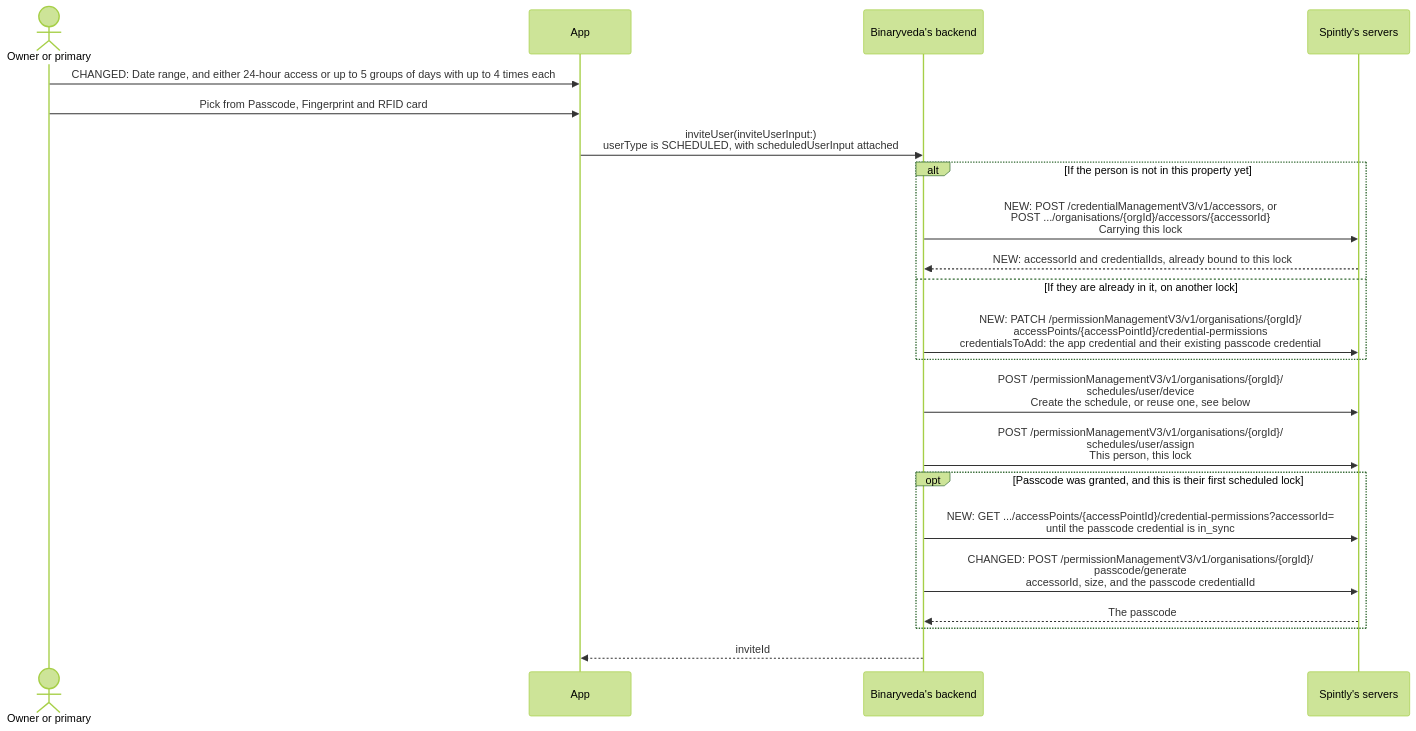
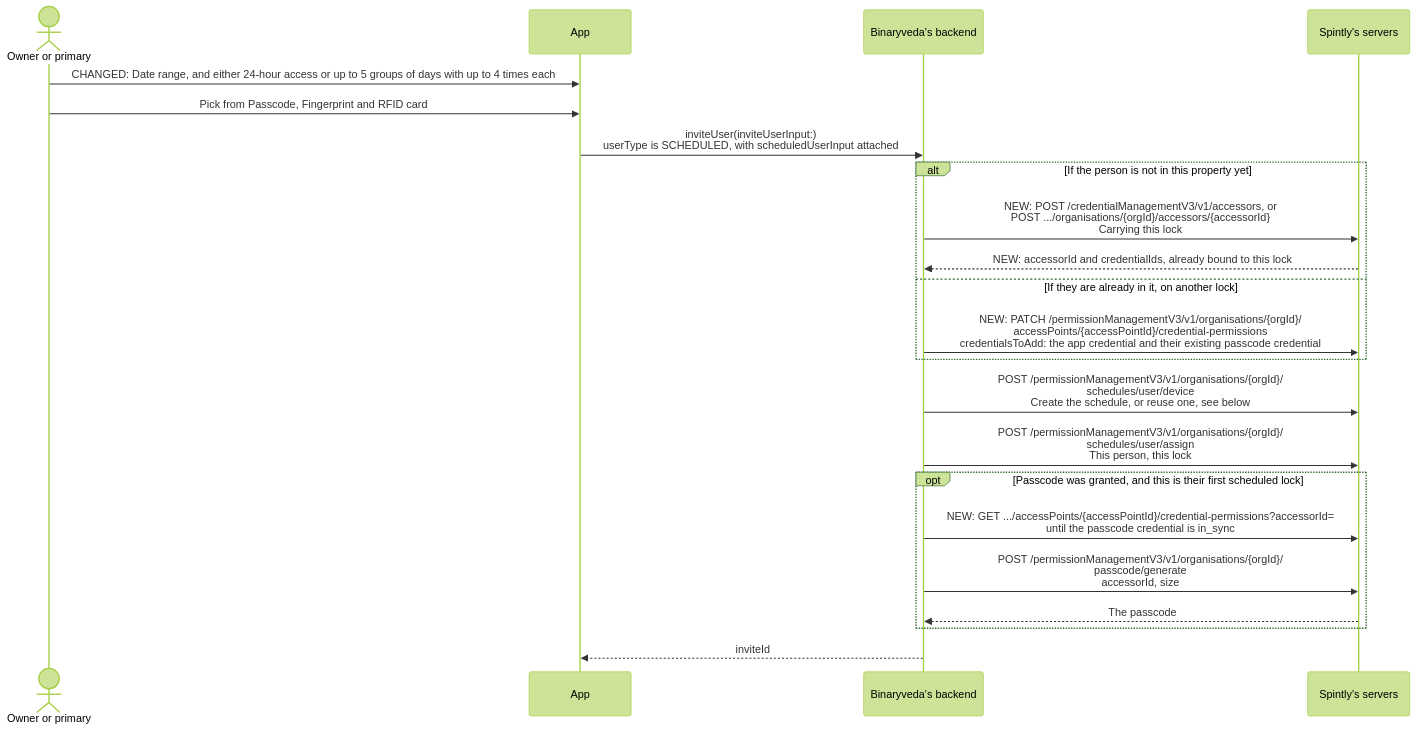
One commit to spintly-integrations-support/godrej-software-guide changed the fourth of 10 diagrams in docs/user-management.md. Above: the diagram before and after it, drawn with Mermaid (forest theme). The commit also changed other lines of this file and 1 other file, not shown here.

First line of the commit message:
passcode/generate keeps its request; several schedules via schedules/user/composite

````diff
--- a/docs/user-management.md
+++ b/docs/user-management.md
@@ -138,25 +138,25 @@
 ```mermaid
 sequenceDiagram
     actor O as Owner or primary
     participant A as App
     participant B as Binaryveda's backend
     participant S as Spintly's servers
 
     O->>A: CHANGED: Date range, and either 24-hour access or up to 5 groups of days with up to 4 times each
     O->>A: Pick from Passcode, Fingerprint and RFID card
     A->>B: inviteUser(inviteUserInput:)<br/>userType is SCHEDULED, with scheduledUserInput attached
     alt If the person is not in this property yet
         B->>S: NEW: POST /credentialManagementV3/v1/accessors, or<br/>POST .../organisations/{orgId}/accessors/{accessorId}<br/>Carrying this lock
         S-->>B: NEW: accessorId and credentialIds, already bound to this lock
     else If they are already in it, on another lock
         B->>S: NEW: PATCH /permissionManagementV3/v1/organisations/{orgId}/<br/>accessPoints/{accessPointId}/credential-permissions<br/>credentialsToAdd: the app credential and their existing passcode credential
     end
     B->>S: POST /permissionManagementV3/v1/organisations/{orgId}/<br/>schedules/user/device<br/>Create the schedule, or reuse one, see below
     B->>S: POST /permissionManagementV3/v1/organisations/{orgId}/<br/>schedules/user/assign<br/>This person, this lock
     opt Passcode was granted, and this is their first scheduled lock
         B->>S: NEW: GET .../accessPoints/{accessPointId}/credential-permissions?accessorId=<br/>until the passcode credential is in_sync
-        B->>S: CHANGED: POST /permissionManagementV3/v1/organisations/{orgId}/<br/>passcode/generate<br/>accessorId, size, and the passcode credentialId
+        B->>S: POST /permissionManagementV3/v1/organisations/{orgId}/<br/>passcode/generate<br/>accessorId, size
         S-->>B: The passcode
     end
     B-->>A: inviteId
 ```
````
